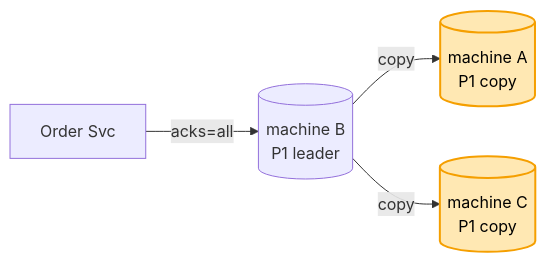
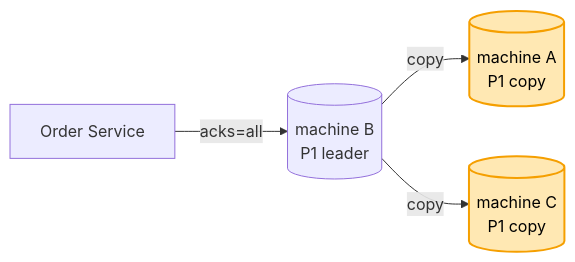
The sixth of 8 diagrams in 04_HLD/SYSTEM_DESIGNS/12_message_queue_kafka/12_message_queue_kafka.md (ArpanMaheshwari144/Prep), drawn with Mermaid before and after one commit. The commit also changed other lines of this file and 8 other files, not shown here.

````diff
--- a/04_HLD/SYSTEM_DESIGNS/12_message_queue_kafka/12_message_queue_kafka.md
+++ b/04_HLD/SYSTEM_DESIGNS/12_message_queue_kafka/12_message_queue_kafka.md
@@ -242,8 +242,8 @@
 ```mermaid
 flowchart LR
-    O["Order Svc"] -- "acks=all" --> L[("machine B<br/>P1 leader")]
+    O["Order Service"] -- "acks=all" --> L[("machine B<br/>P1 leader")]
     L -- "copy" --> A[("machine A<br/>P1 copy")]
     L -- "copy" --> C[("machine C<br/>P1 copy")]
     style A fill:#ffe8b3,stroke:#f59f00,stroke-width:2px,color:#000
     style C fill:#ffe8b3,stroke:#f59f00,stroke-width:2px,color:#000
 ```
````
